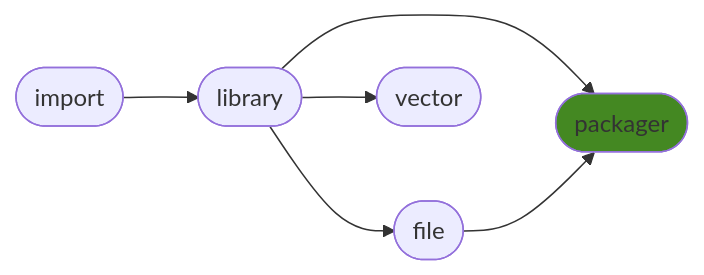
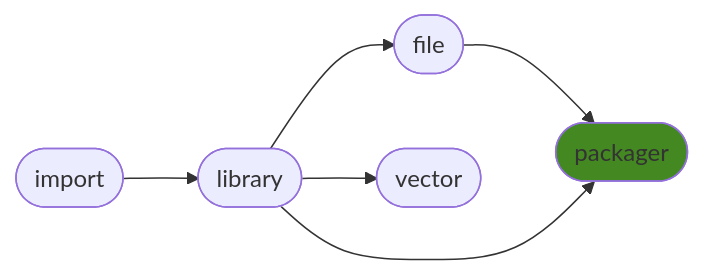
One commit to ManderaGeneral/generalpackager changed the diagram in README.md. Above: the diagram before and after it, drawn with Mermaid. The commit also changed other lines of this file, not shown here.

````diff
--- a/README.md
+++ b/README.md
@@ -16,14 +16,14 @@
 ```mermaid
 flowchart LR
+2([file]) --> 4([packager])
+0([import]) --> 1([library])
+1([library]) --> 2([file])
+1([library]) --> 3([vector])
 1([library]) --> 4([packager])
-1([library]) --> 2([file])
-0([import]) --> 1([library])
-2([file]) --> 4([packager])
-1([library]) --> 3([vector])
 click 0 "https://github.com/ManderaGeneral/generalimport"
 click 1 "https://github.com/ManderaGeneral/generallibrary"
 click 2 "https://github.com/ManderaGeneral/generalfile"
 click 3 "https://github.com/ManderaGeneral/generalvector"
 click 4 "https://github.com/ManderaGeneral/generalpackager"
 style 4 fill:#482
 ```
````
